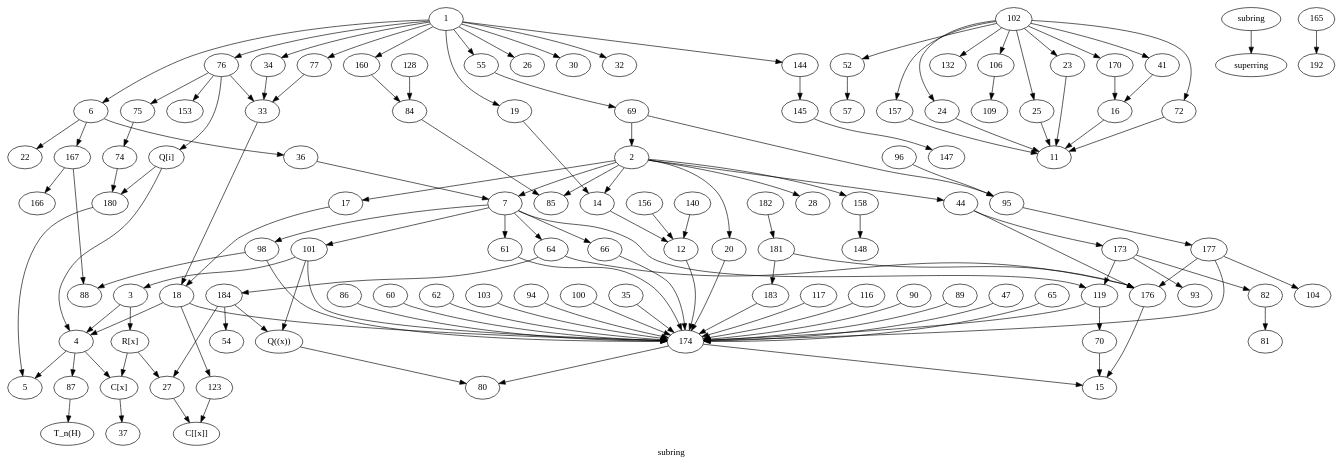
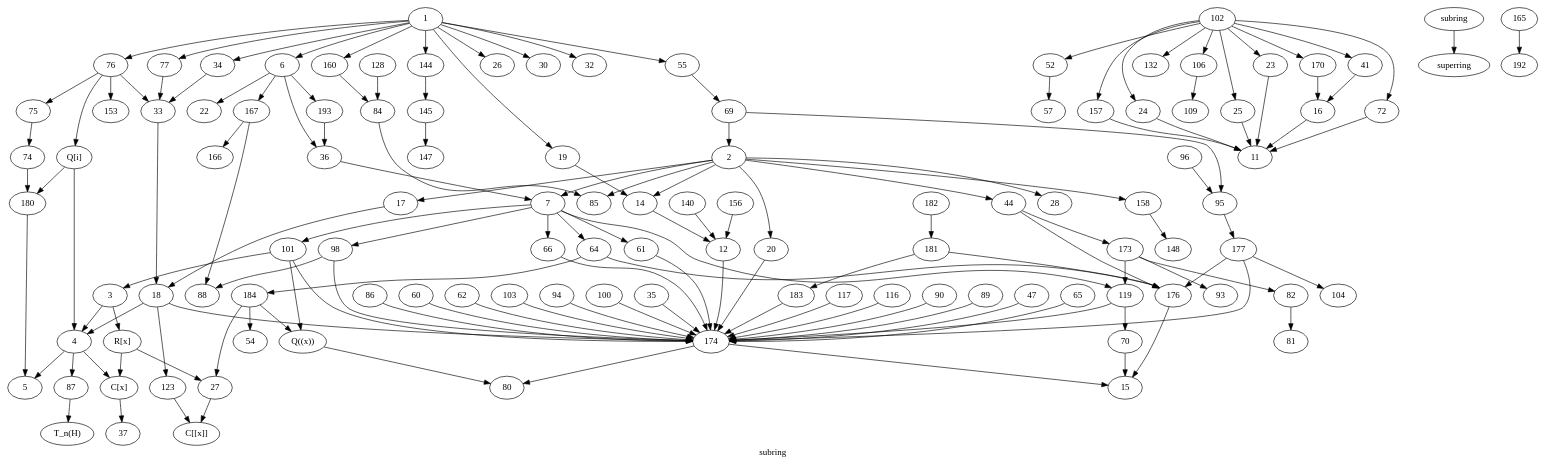
The diagram in map_dotfiles/subring.dot (rschwiebert/dart_data), drawn with Graphviz before and after one commit.

Commit message:
Subring graph update

```diff
--- a/map_dotfiles/subring.dot
+++ b/map_dotfiles/subring.dot
@@ -159,6 +159,8 @@
   184 -> 27;
   184 -> 54;//specialize 54 to Q
   165 -> 192;
+  6 -> 193;
+  193 -> 36;
 
 
 
```
